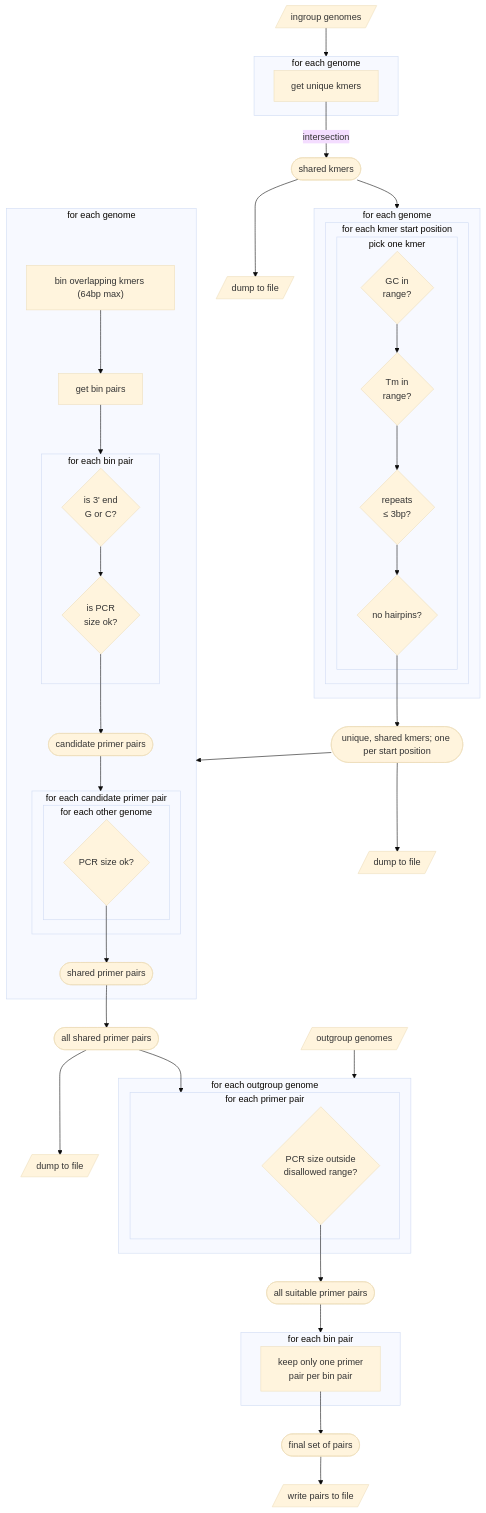
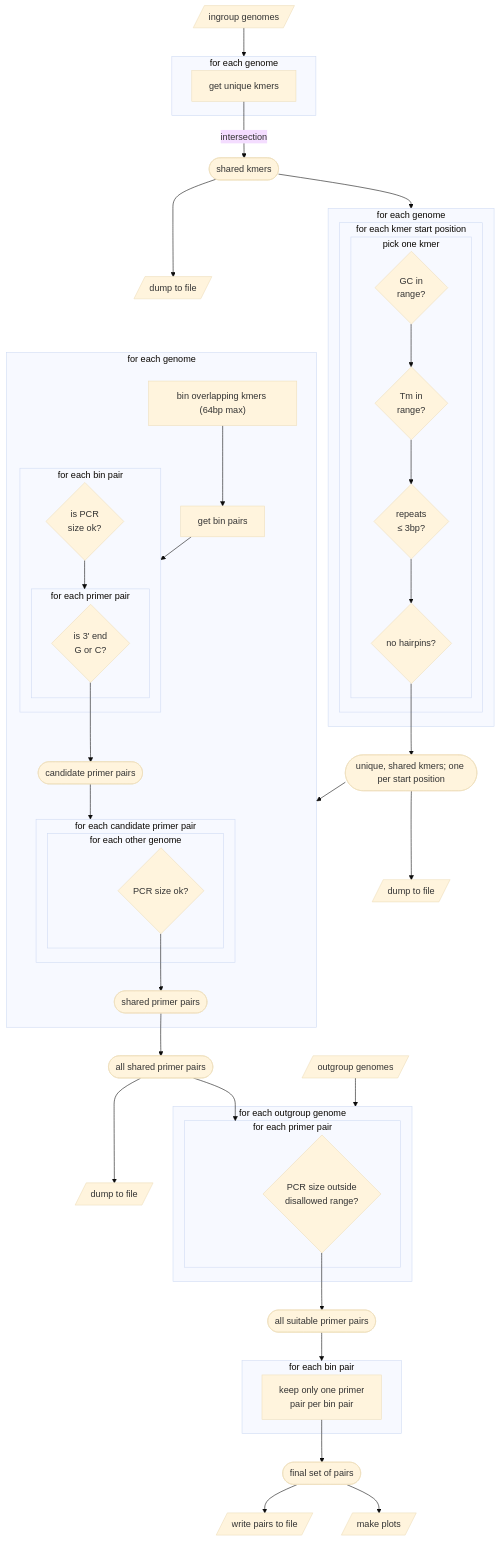
Before and after one commit to dr-joe-wirth/primerForge: the diagram in README.md, drawn with Mermaid (base theme).

Commit message:
updated flowchart

````diff
--- a/README.md
+++ b/README.md
@@ -48,11 +48,13 @@
 
         %% evaluate one kmer pair
         subgraph C0["for each bin pair"]
-            prime{"is 3' end
-            G or C?"}
             size{"is PCR
             size ok?"}
-            prime --> size
+            subgraph C4["for each primer pair"]
+                prime{"is 3' end
+                G or C?"}
+            end
+            size --> C4
         end
 
 
@@ -63,10 +65,9 @@
             end
         end
 
-
         bin1 --> bin2
         bin2 --> C0
-        size --> candPair
+        prime --> candPair
         candPair --> C2
         pcr --> sharePair
     end
@@ -107,6 +108,8 @@
     keep --> final
 
     write[/"write pairs to file"/]
+    plots[/"make plots"/]
 
     final --> write
+    final --> plots
 ```
````
